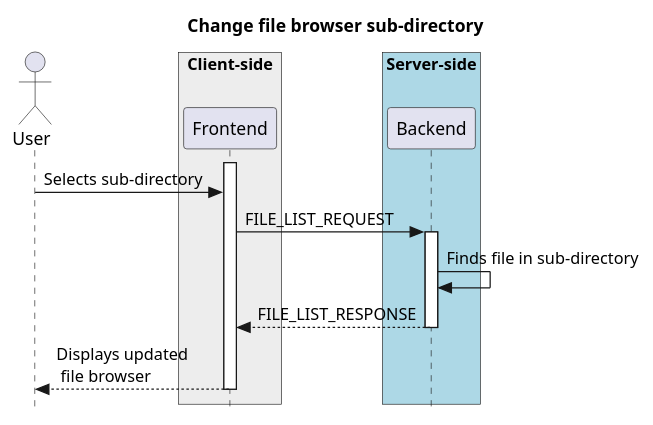
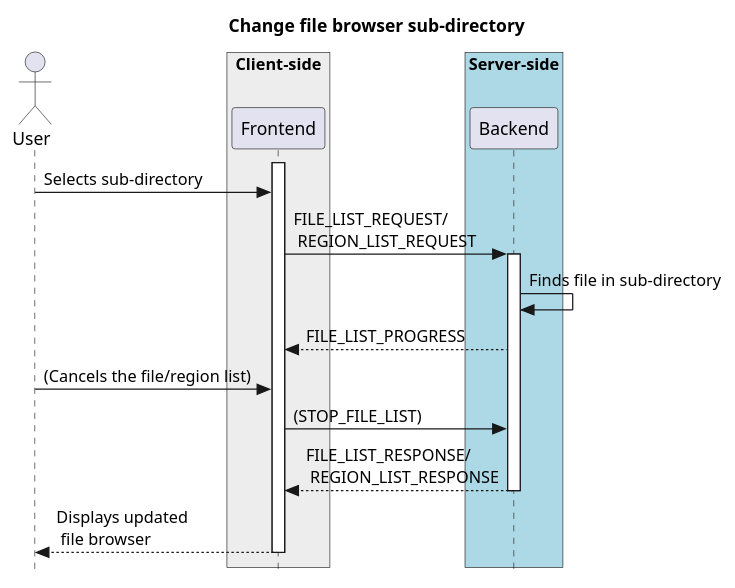
One commit to CARTAvis/carta-protobuf changed the first of 4 diagrams in docs/src/file_browsing.rst. Above: the diagram before and after it, drawn with PlantUML. The commit also changed 11 other files, not shown here.

First line of the commit message:
Mark/stop getting file list (#48)

```diff
--- a/docs/src/file_browsing.rst
+++ b/docs/src/file_browsing.rst
@@ -8,23 +8,26 @@
 .. uml::
     
     skinparam style strictuml
     hide footbox
     title Change file browser sub-directory
     
     actor User
     box "Client-side" #EDEDED
     participant Frontend
     end box
     
     box "Server-side" #lightblue
     participant Backend
     end box
     activate Frontend
     User -> Frontend : Selects sub-directory
-    Frontend -> Backend : FILE_LIST_REQUEST
+    Frontend -> Backend : FILE_LIST_REQUEST/ \n REGION_LIST_REQUEST
     activate Backend
     Backend -> Backend : Finds file in sub-directory
-    Frontend <-- Backend : FILE_LIST_RESPONSE
+    Frontend <-- Backend : FILE_LIST_PROGRESS
+    User -> Frontend : (Cancels the file/region list)
+    Frontend -> Backend : (STOP_FILE_LIST)
+    Frontend <-- Backend : FILE_LIST_RESPONSE/ \n REGION_LIST_RESPONSE
     deactivate Backend
     User <-- Frontend : Displays updated\n file browser
     deactivate Frontend
```
